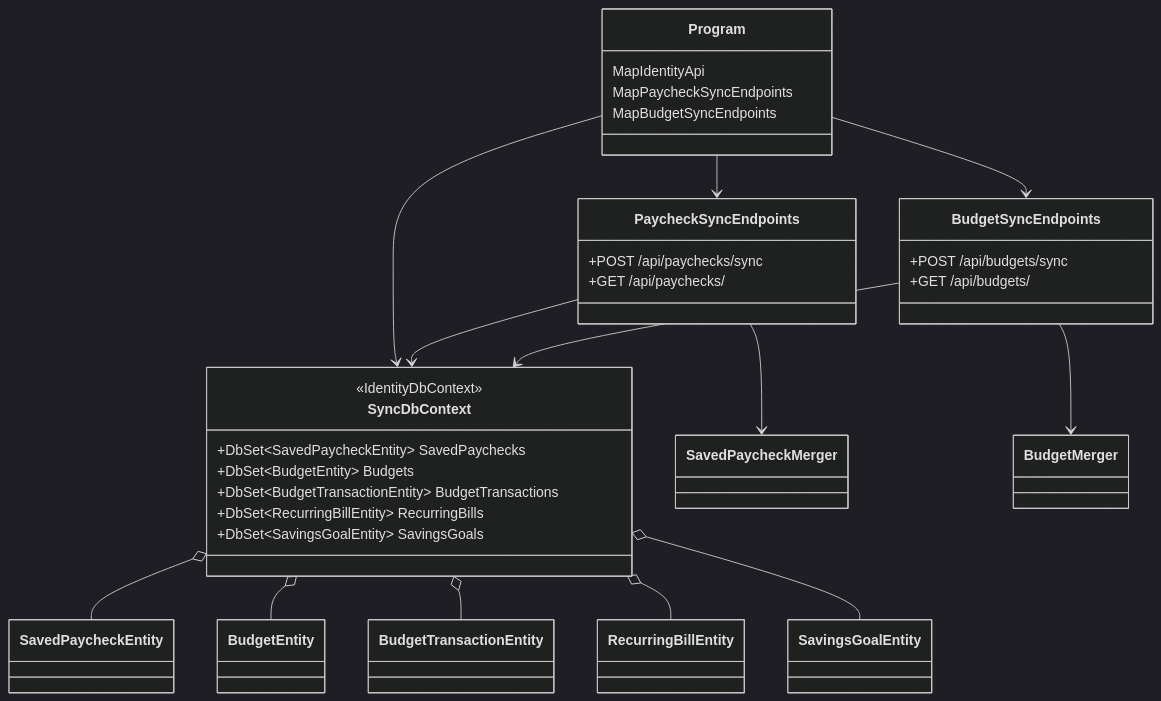
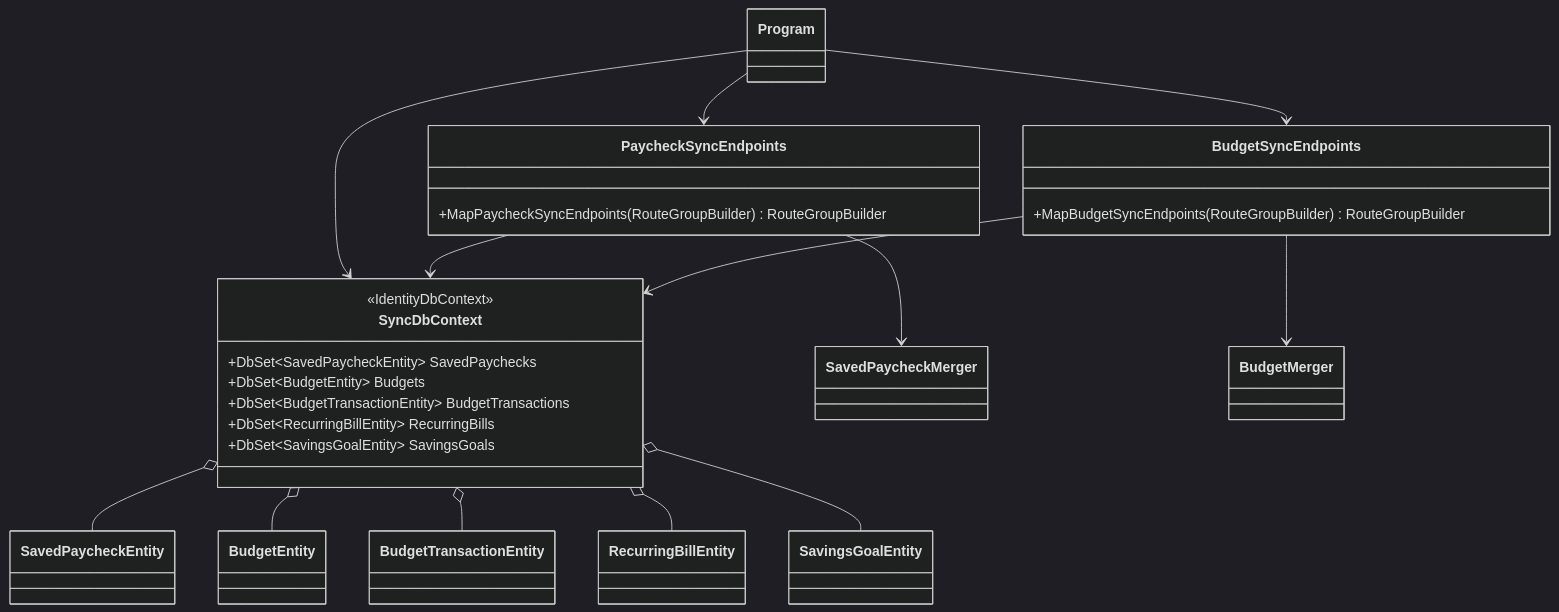
The ninth of 9 diagrams in docs/class-diagram.md (Fibonacci-0112/PaycheckCalculator), drawn with Mermaid (dark theme) before and after one commit. The commit also changed other lines of this file, not shown here.

Commit message:
Tighten Mermaid class diagram syntax

````diff
--- a/docs/class-diagram.md
+++ b/docs/class-diagram.md
@@ -494,44 +491,38 @@
 ```mermaid
 classDiagram
     direction TB
 
-    class Program {
-        MapIdentityApi
-        MapPaycheckSyncEndpoints
-        MapBudgetSyncEndpoints
-    }
+    class Program
     class SyncDbContext {
         <<IdentityDbContext>>
         +DbSet~SavedPaycheckEntity~ SavedPaychecks
         +DbSet~BudgetEntity~ Budgets
         +DbSet~BudgetTransactionEntity~ BudgetTransactions
         +DbSet~RecurringBillEntity~ RecurringBills
         +DbSet~SavingsGoalEntity~ SavingsGoals
     }
     class PaycheckSyncEndpoints {
-        +POST /api/paychecks/sync
-        +GET /api/paychecks/
+        +MapPaycheckSyncEndpoints(RouteGroupBuilder) RouteGroupBuilder
     }
     class BudgetSyncEndpoints {
-        +POST /api/budgets/sync
-        +GET /api/budgets/
+        +MapBudgetSyncEndpoints(RouteGroupBuilder) RouteGroupBuilder
     }
     class SavedPaycheckEntity
     class BudgetEntity
     class BudgetTransactionEntity
     class RecurringBillEntity
     class SavingsGoalEntity
 
     Program --> SyncDbContext
     Program --> PaycheckSyncEndpoints
     Program --> BudgetSyncEndpoints
     PaycheckSyncEndpoints --> SyncDbContext
     PaycheckSyncEndpoints --> SavedPaycheckMerger
     BudgetSyncEndpoints --> SyncDbContext
     BudgetSyncEndpoints --> BudgetMerger
     SyncDbContext o-- SavedPaycheckEntity
     SyncDbContext o-- BudgetEntity
     SyncDbContext o-- BudgetTransactionEntity
     SyncDbContext o-- RecurringBillEntity
     SyncDbContext o-- SavingsGoalEntity
 ```
````
